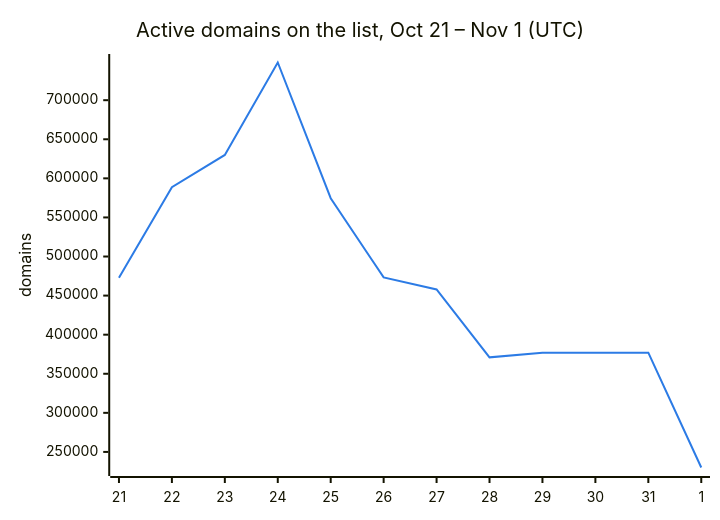
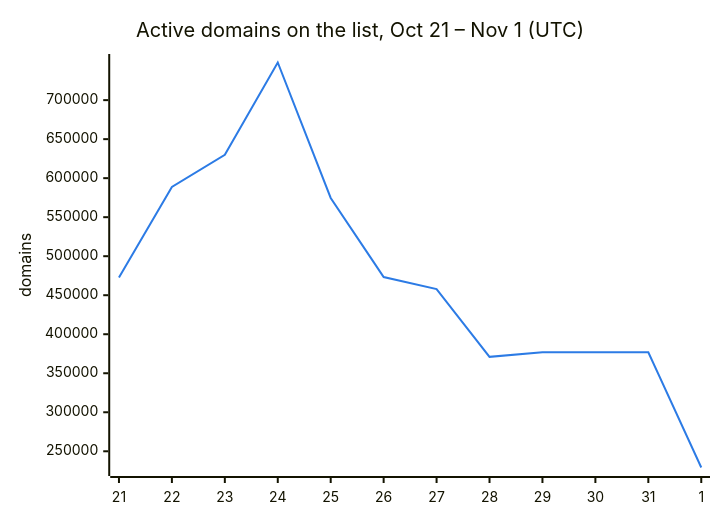
One commit to DNSBunker/CTI changed the second of 3 diagrams in README.md. Above: the diagram before and after it, drawn with Mermaid. The commit also changed other lines of this file and 3 other files, not shown here.

````diff
--- a/README.md
+++ b/README.md
@@ -38,8 +38,8 @@
 ```mermaid
 %%{init: {"themeVariables": {"xyChart": {"plotColorPalette": "#2c7be5"}}}}%%
 xychart-beta
     title "Active domains on the list, Oct 21 – Nov 1 (UTC)"
     x-axis ["21", "22", "23", "24", "25", "26", "27", "28", "29", "30", "31", "1"]
     y-axis "domains"
-    line [472713, 588659, 629951, 748222, 574614, 473331, 457795, 371010, 376945, 376945, 376945, 230072]
+    line [472713, 588659, 629951, 748222, 574614, 473331, 457795, 371010, 376945, 376945, 376945, 229216]
 ```
````
